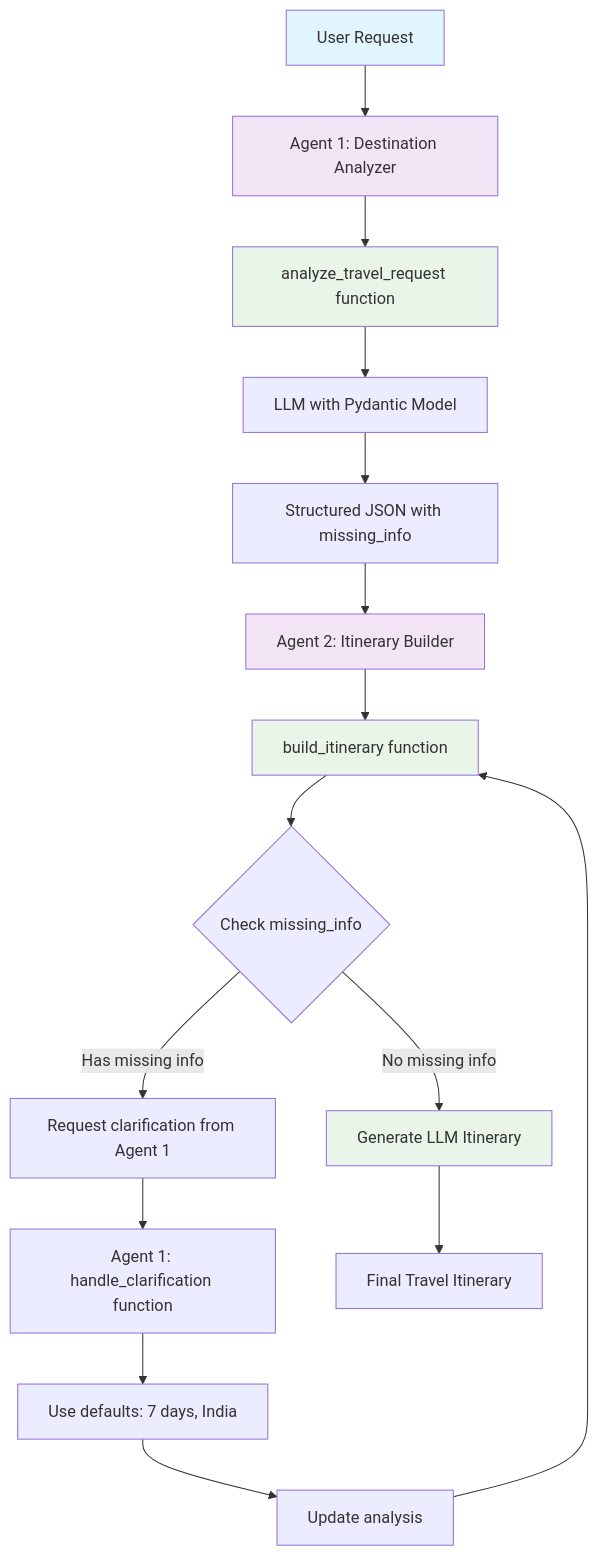
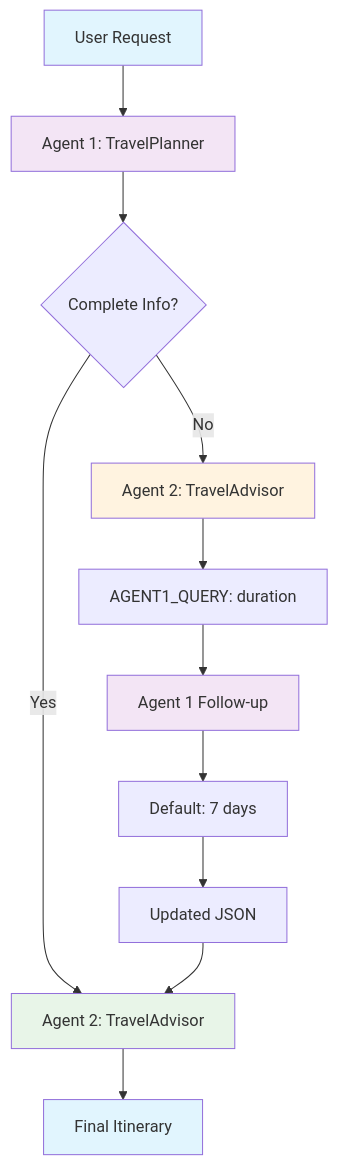
The diagram in README.md (iamask/multi-agent-travel-planner), drawn with Mermaid before and after one commit. The commit also changed other lines of this file and 1 other file, not shown here.

````diff
--- a/README.md
+++ b/README.md
@@ -57,28 +19,20 @@
 ```mermaid
-flowchart TD
-    A[User Request] --> B[Agent 1: Destination Analyzer]
-    B --> C[analyze_travel_request function]
-    C --> D[LLM with Pydantic Model]
-    D --> E[Structured JSON with missing_info]
-
-    E --> F[Agent 2: Itinerary Builder]
-    F --> G[build_itinerary function]
-    G --> H{Check missing_info}
-
-    H -->|No missing info| I[Generate LLM Itinerary]
-    H -->|Has missing info| J[Request clarification from Agent 1]
-
-    J --> K[Agent 1: handle_clarification function]
-    K --> L[Use defaults: 7 days, India]
-    L --> M[Update analysis]
-    M --> G
-
-    I --> N[Final Travel Itinerary]
+graph TD
+    A[User Request] --> B[Agent 1: TravelPlanner]
+    B --> C{Complete Info?}
+    C -->|Yes| D[Agent 2: TravelAdvisor]
+    C -->|No| E[Agent 2: TravelAdvisor]
+    E --> F[AGENT1_QUERY: duration]
+    F --> G[Agent 1 Follow-up]
+    G --> H[Default: 7 days]
+    H --> I[Updated JSON]
+    I --> D
+    D --> J[Final Itinerary]
 
     style A fill:#e1f5fe
     style B fill:#f3e5f5
-    style F fill:#f3e5f5
-    style C fill:#e8f5e8
-    style G fill:#e8f5e8
-    style I fill:#e8f5e8
+    style E fill:#fff3e0
+    style G fill:#f3e5f5
+    style D fill:#e8f5e8
+    style J fill:#e1f5fe
 ```
````
